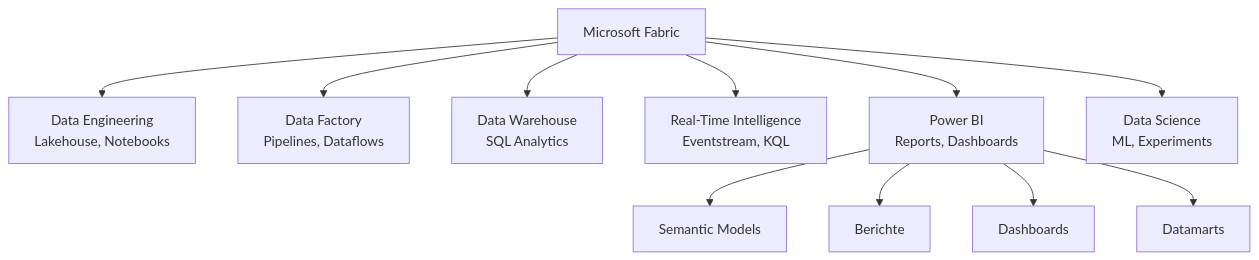
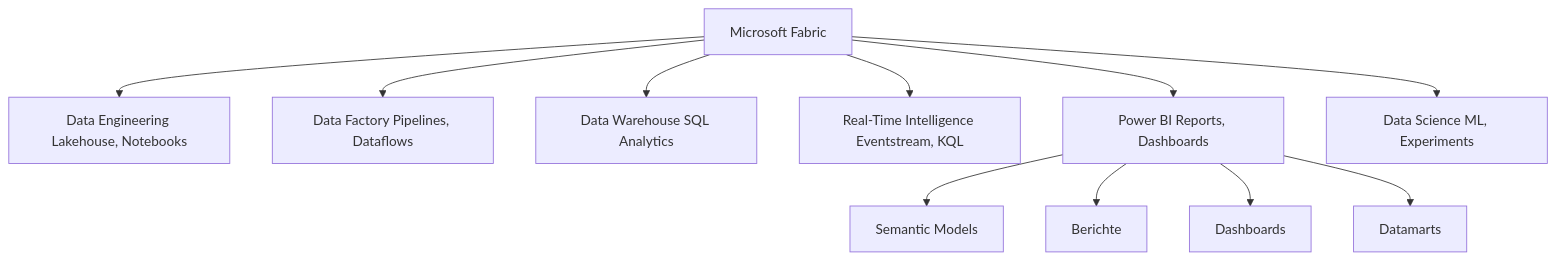
The first of 9 diagrams in Microsoft 365/Azure/Fabric/Power BI in Fabric.md (SoniiiT/notes-n-docs), drawn with Mermaid before and after one commit. The commit also changed other lines of this file and 124 other files, not shown here.

First line of the commit message:
fix: Entferne \n aus allen Mermaid-Diagrammen (125 Dateien)

````diff
--- a/Microsoft 365/Azure/Fabric/Power BI in Fabric.md
+++ b/Microsoft 365/Azure/Fabric/Power BI in Fabric.md
@@ -28,13 +28,13 @@
 ```mermaid
 graph TD
-    A[Microsoft Fabric] --> B[Data Engineering\nLakehouse, Notebooks]
-    A --> C[Data Factory\nPipelines, Dataflows]
-    A --> D[Data Warehouse\nSQL Analytics]
-    A --> E[Real-Time Intelligence\nEventstream, KQL]
-    A --> F[Power BI\nReports, Dashboards]
-    A --> G[Data Science\nML, Experiments]
+    A[Microsoft Fabric] --> B[Data Engineering Lakehouse, Notebooks]
+    A --> C[Data Factory Pipelines, Dataflows]
+    A --> D[Data Warehouse SQL Analytics]
+    A --> E[Real-Time Intelligence Eventstream, KQL]
+    A --> F[Power BI Reports, Dashboards]
+    A --> G[Data Science ML, Experiments]
     F --> H[Semantic Models]
     F --> I[Berichte]
     F --> J[Dashboards]
     F --> K[Datamarts]
 ```
````
